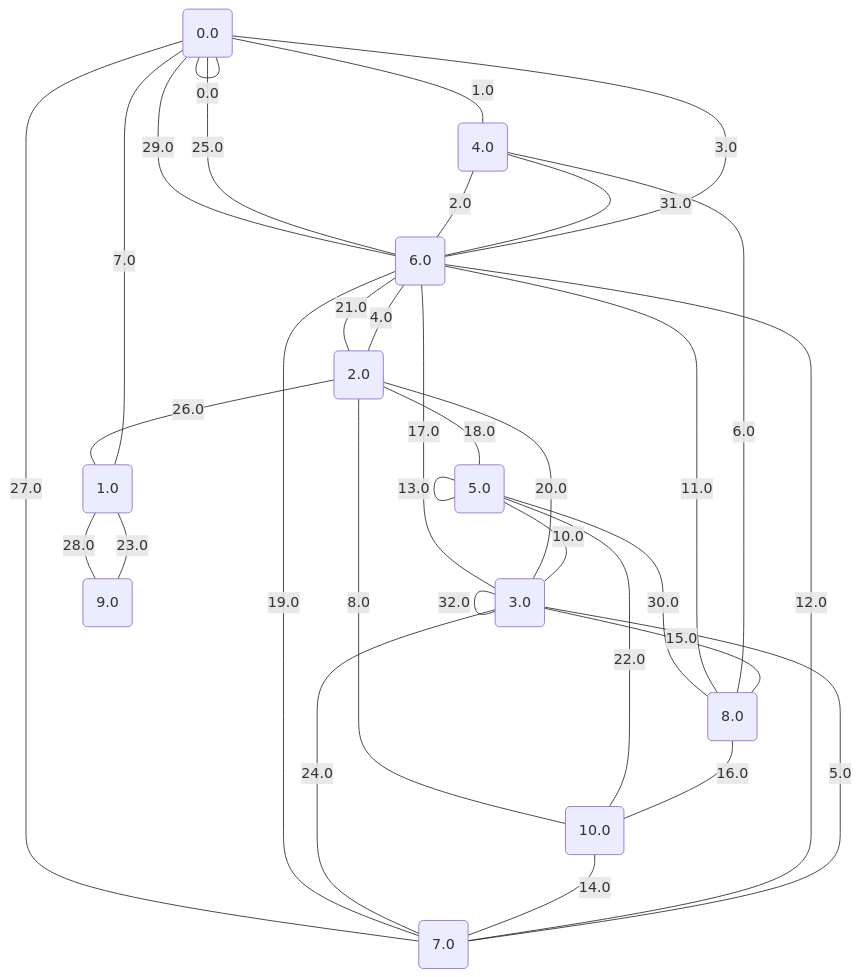
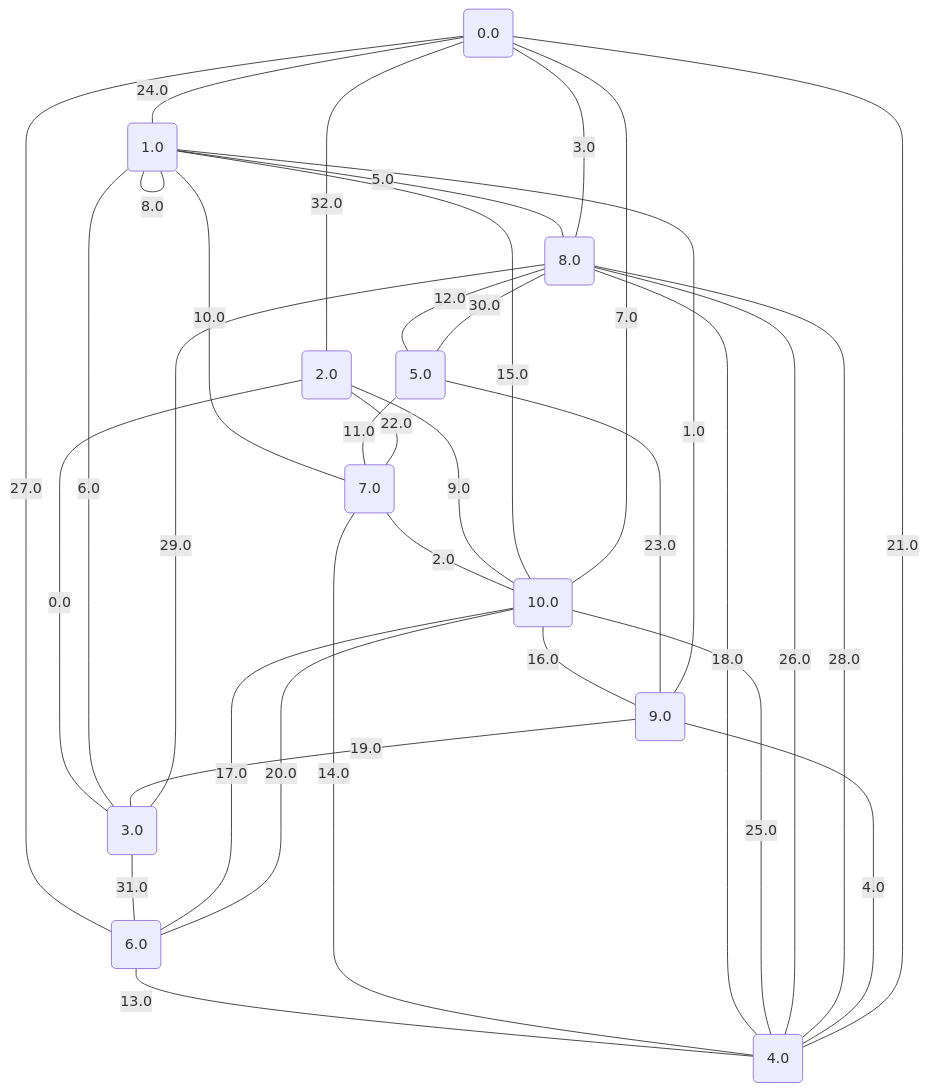
The diagram in project/src/testing/graphs/6.md (metury/graphs), drawn with Mermaid before and after one commit. The commit also changed 50 other files, not shown here.

````diff
--- a/project/src/testing/graphs/6.md
+++ b/project/src/testing/graphs/6.md
@@ -1,47 +1,47 @@
 ```mermaid
 graph TD;
 0("0.0");
 1("1.0");
 2("2.0");
 3("3.0");
 4("4.0");
 5("5.0");
 6("6.0");
 7("7.0");
 8("8.0");
 9("9.0");
 10("10.0");
-	0 -- "0.0" --- 0;
-	0 -- "1.0" --- 4;
-	6 -- "2.0" --- 4;
-	0 -- "3.0" --- 6;
-	6 -- "4.0" --- 2;
-	3 -- "5.0" --- 7;
-	8 -- "6.0" --- 4;
-	0 -- "7.0" --- 1;
-	10 -- "8.0" --- 2;
-	3 -- "9.0" --- 3;
-	5 -- "10.0" --- 3;
-	8 -- "11.0" --- 6;
-	6 -- "12.0" --- 7;
-	5 -- "13.0" --- 5;
-	10 -- "14.0" --- 7;
-	3 -- "15.0" --- 8;
-	8 -- "16.0" --- 10;
-	3 -- "17.0" --- 6;
-	2 -- "18.0" --- 5;
-	7 -- "19.0" --- 6;
-	2 -- "20.0" --- 3;
-	2 -- "21.0" --- 6;
-	5 -- "22.0" --- 10;
-	1 -- "23.0" --- 9;
-	3 -- "24.0" --- 7;
-	6 -- "25.0" --- 0;
-	2 -- "26.0" --- 1;
-	7 -- "27.0" --- 0;
-	9 -- "28.0" --- 1;
-	6 -- "29.0" --- 0;
+	2 -- "0.0" --- 3;
+	9 -- "1.0" --- 1;
+	7 -- "2.0" --- 10;
+	8 -- "3.0" --- 0;
+	4 -- "4.0" --- 9;
+	1 -- "5.0" --- 8;
+	1 -- "6.0" --- 3;
+	10 -- "7.0" --- 0;
+	1 -- "8.0" --- 1;
+	2 -- "9.0" --- 10;
+	1 -- "10.0" --- 7;
+	5 -- "11.0" --- 7;
+	8 -- "12.0" --- 5;
+	6 -- "13.0" --- 4;
+	7 -- "14.0" --- 4;
+	1 -- "15.0" --- 10;
+	10 -- "16.0" --- 9;
+	6 -- "17.0" --- 10;
+	8 -- "18.0" --- 4;
+	9 -- "19.0" --- 3;
+	6 -- "20.0" --- 10;
+	4 -- "21.0" --- 0;
+	2 -- "22.0" --- 7;
+	5 -- "23.0" --- 9;
+	0 -- "24.0" --- 1;
+	10 -- "25.0" --- 4;
+	8 -- "26.0" --- 4;
+	0 -- "27.0" --- 6;
+	8 -- "28.0" --- 4;
+	3 -- "29.0" --- 8;
 	8 -- "30.0" --- 5;
-	4 -- "31.0" --- 6;
-	3 -- "32.0" --- 3;
+	3 -- "31.0" --- 6;
+	0 -- "32.0" --- 2;
 ```
````
